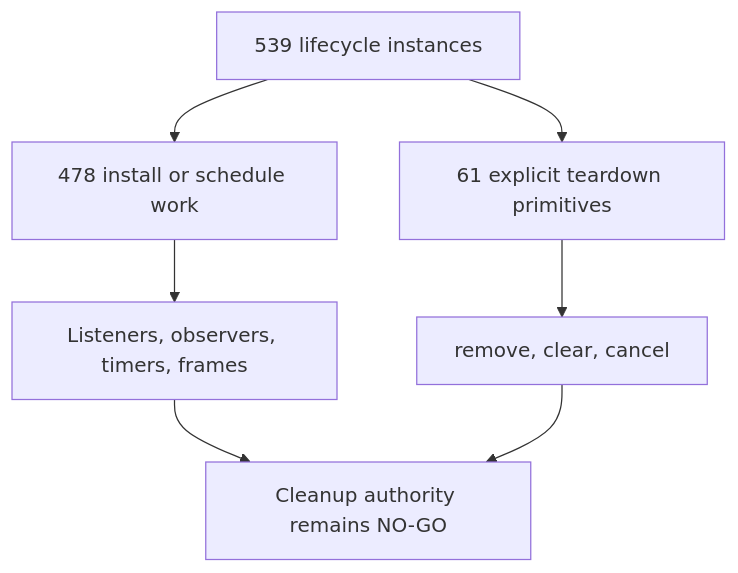
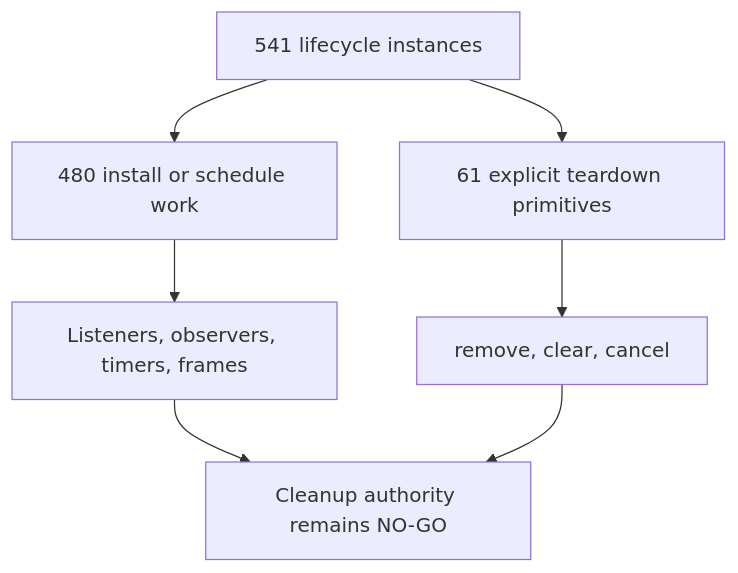
The first of 47 diagrams in docs/audit/FILTERTUBE_LIFECYCLE_INSTANCE_REGISTER_2026-05-18.md (varshneydevansh/FilterTube), drawn with Mermaid before and after one commit. The commit also changed other lines of this file and 61 other files, not shown here.

````diff
--- a/docs/audit/FILTERTUBE_LIFECYCLE_INSTANCE_REGISTER_2026-05-18.md
+++ b/docs/audit/FILTERTUBE_LIFECYCLE_INSTANCE_REGISTER_2026-05-18.md
@@ -120,9 +120,9 @@
 ```mermaid
 flowchart TD
-  A["539 lifecycle instances"] --> B["478 install or schedule work"]
+  A["541 lifecycle instances"] --> B["480 install or schedule work"]
   A --> C["61 explicit teardown primitives"]
   B --> D["Listeners, observers, timers, frames"]
   C --> E["remove, clear, cancel"]
   D --> F["Cleanup authority remains NO-GO"]
   E --> F
 ```
````
